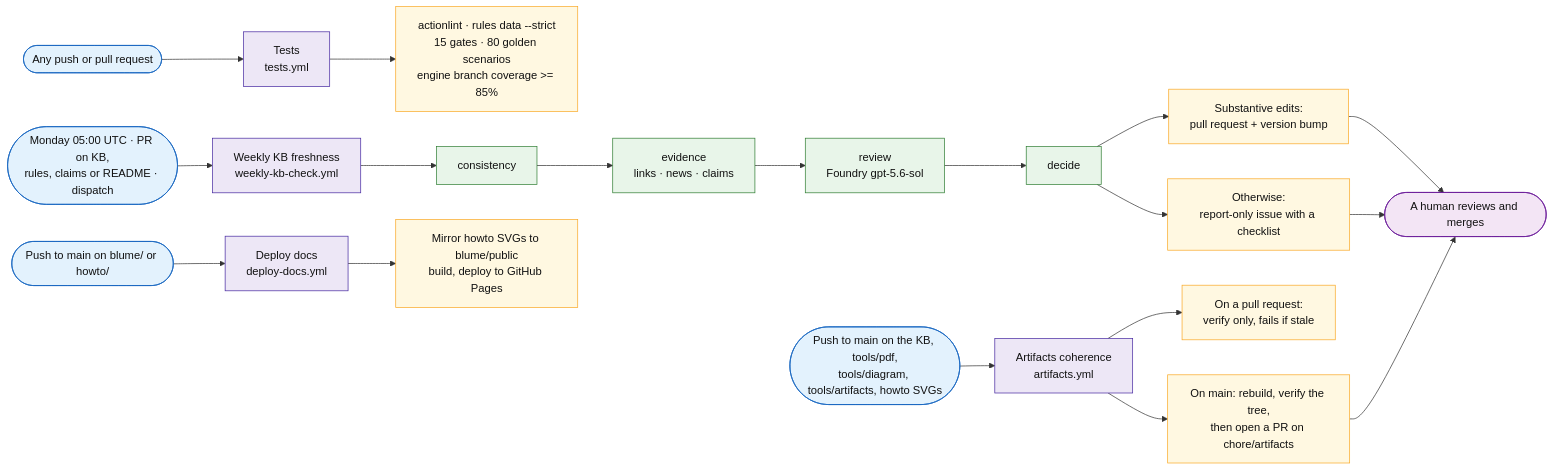
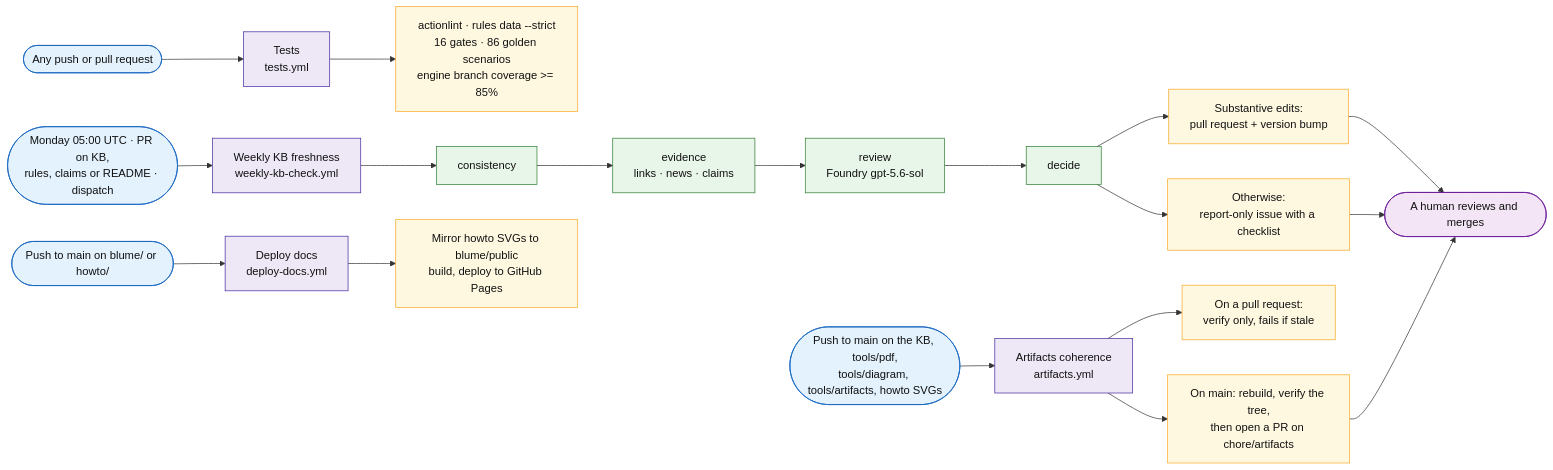
One commit to fredgis/sql-migration-advisor changed the sixth of 6 diagrams in docs/sql-migration-advisor-developer-pitch.md. Above: the diagram before and after it, drawn with Mermaid. The commit also changed other lines of this file and 18 other files, not shown here.

````diff
--- a/docs/sql-migration-advisor-developer-pitch.md
+++ b/docs/sql-migration-advisor-developer-pitch.md
@@ -916,33 +916,33 @@
 ```mermaid
 flowchart LR
     G1([Any push or pull request]) --> W1[Tests<br/>tests.yml]
     G2([Monday 05:00 UTC · PR on KB,<br/>rules, claims or README · dispatch]) --> W2[Weekly KB freshness<br/>weekly-kb-check.yml]
     G3([Push to main on the KB, tools/pdf,<br/>tools/diagram, tools/artifacts, howto SVGs]) --> W3[Artifacts coherence<br/>artifacts.yml]
     G4([Push to main on blume/ or howto/]) --> W4[Deploy docs<br/>deploy-docs.yml]
 
-    W1 --> O1[actionlint · rules data --strict<br/>15 gates · 80 golden scenarios<br/>engine branch coverage >= 85%]
+    W1 --> O1[actionlint · rules data --strict<br/>16 gates · 86 golden scenarios<br/>engine branch coverage >= 85%]
 
     W2 --> C1[consistency] --> C2[evidence<br/>links · news · claims] --> C3[review<br/>Foundry gpt-5.6-sol] --> C4[decide]
     C4 --> O2a[Substantive edits:<br/>pull request + version bump]
     C4 --> O2b[Otherwise:<br/>report-only issue with a checklist]
 
     W3 --> O3a[On a pull request:<br/>verify only, fails if stale]
     W3 --> O3b[On main: rebuild, verify the tree,<br/>then open a PR on chore/artifacts]
 
     W4 --> O4[Mirror howto SVGs to blume/public<br/>build, deploy to GitHub Pages]
 
     O2a --> H([A human reviews and merges])
     O2b --> H
     O3b --> H
 
     classDef trig fill:#e3f2fd,stroke:#1565c0,color:#111
     classDef flow fill:#ede7f6,stroke:#4527a0,color:#111
     classDef step fill:#e8f5e9,stroke:#2e7d32,color:#111
     classDef out fill:#fff8e1,stroke:#f9a825,color:#111
     classDef human fill:#f3e5f5,stroke:#6a1b9a,color:#111
     class G1,G2,G3,G4 trig
     class W1,W2,W3,W4 flow
     class C1,C2,C3,C4 step
     class O1,O2a,O2b,O3a,O3b,O4 out
     class H human
 ```
````
